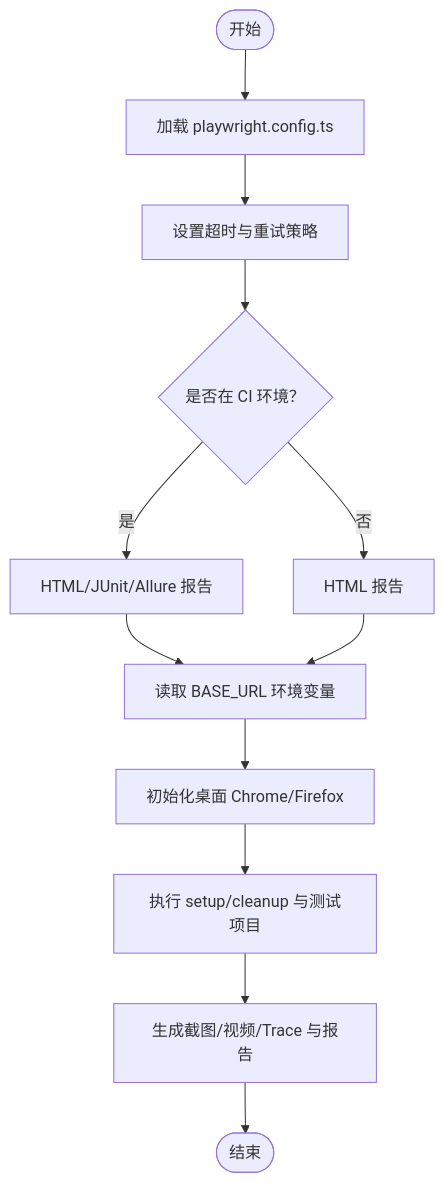
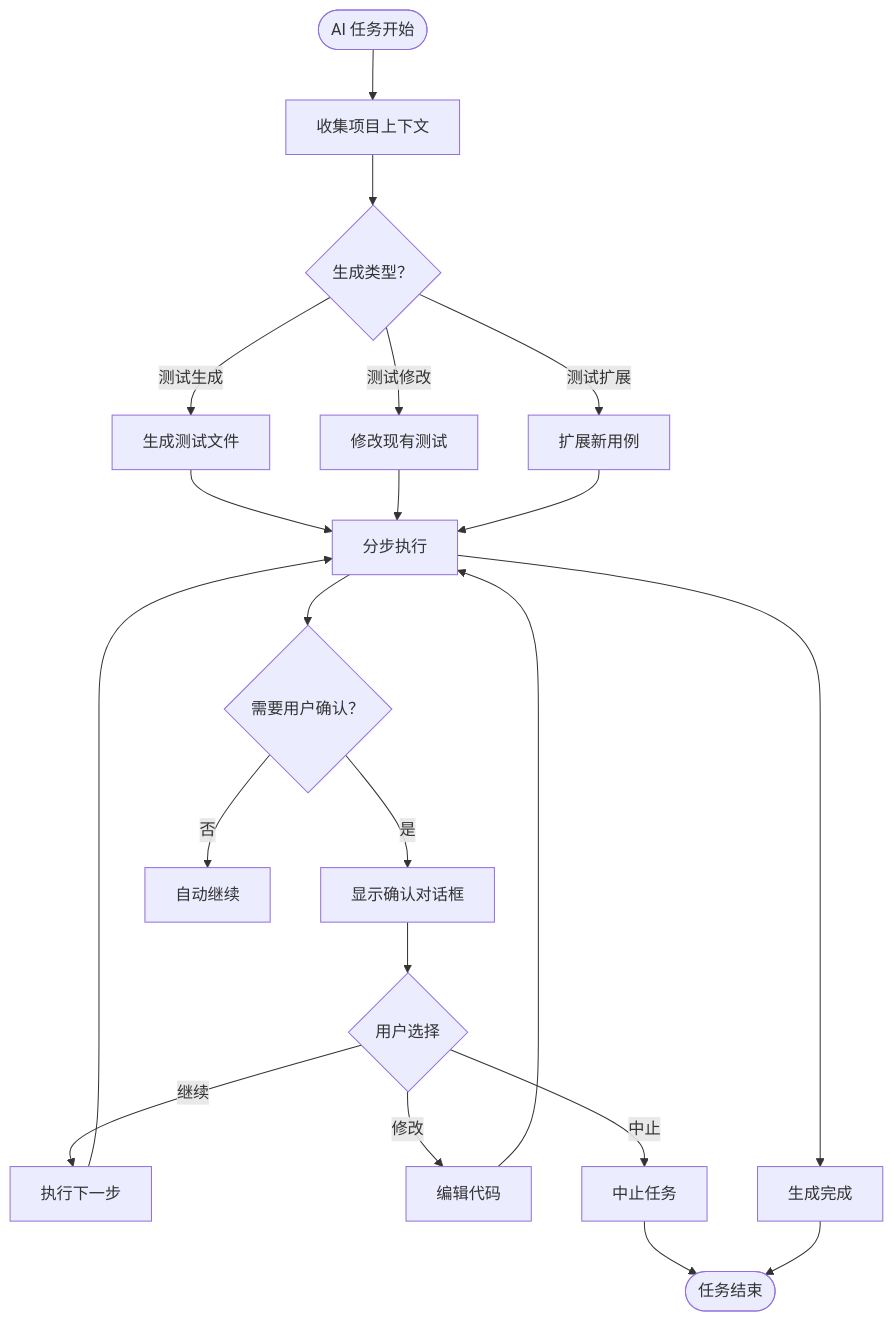
The third of 4 diagrams in .qoder/repowiki/zh/content/开发者指南/开发环境设置.md (zzgoviziwind/--playwright), drawn with Mermaid before and after one commit. The commit also changed other lines of this file and 112 other files, not shown here.

````diff
--- a/.qoder/repowiki/zh/content/开发者指南/开发环境设置.md
+++ b/.qoder/repowiki/zh/content/开发者指南/开发环境设置.md
@@ -147,14 +170,23 @@
 ```mermaid
 flowchart TD
-Start(["开始"]) --> LoadCfg["加载 playwright.config.ts"]
-LoadCfg --> SetTimeout["设置超时与重试策略"]
-SetTimeout --> Reporter{"是否在 CI 环境？"}
-Reporter --> |是| CIReporter["HTML/JUnit/Allure 报告"]
-Reporter --> |否| LocalReporter["HTML 报告"]
-CIReporter --> BaseURL["读取 BASE_URL 环境变量"]
-LocalReporter --> BaseURL
-BaseURL --> Devices["初始化桌面 Chrome/Firefox"]
-Devices --> Projects["执行 setup/cleanup 与测试项目"]
-Projects --> Artifacts["生成截图/视频/Trace 与报告"]
-Artifacts --> End(["结束"])
+Start(["AI 任务开始"]) --> Context["收集项目上下文"]
+Context --> Generate{"生成类型？"}
+Generate --> |测试生成| GenFlow["生成测试文件"]
+Generate --> |测试修改| ModFlow["修改现有测试"]
+Generate --> |测试扩展| ExtFlow["扩展新用例"]
+GenFlow --> Steps["分步执行"]
+ModFlow --> Steps
+ExtFlow --> Steps
+Steps --> Confirm{"需要用户确认？"}
+Confirm --> |是| UserConfirm["显示确认对话框"]
+Confirm --> |否| AutoContinue["自动继续"]
+UserConfirm --> UserAction{"用户选择"}
+UserAction --> |继续| NextStep["执行下一步"]
+UserAction --> |修改| EditCode["编辑代码"]
+UserAction --> |中止| Abort["中止任务"]
+NextStep --> Steps
+EditCode --> Steps
+Abort --> End(["任务结束"])
+Steps --> Complete["生成完成"]
+Complete --> End
 ```
````
